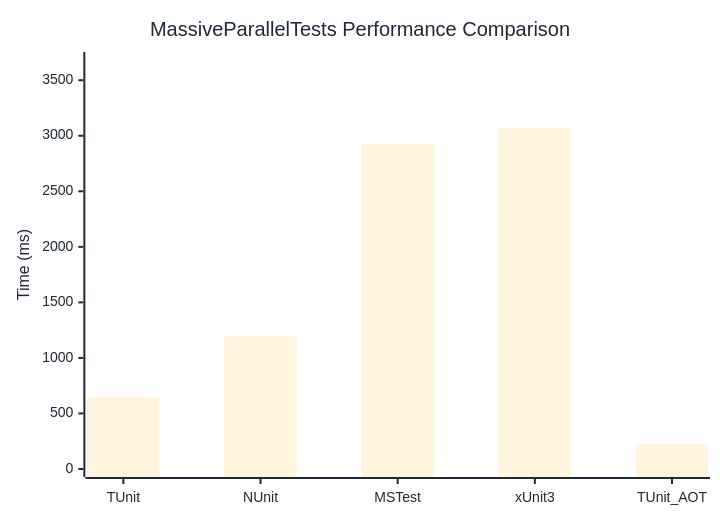
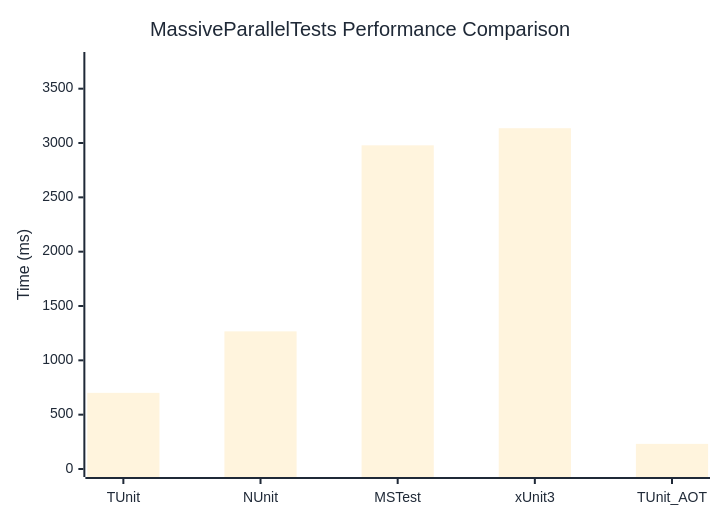
Before and after one commit to thomhurst/TUnit: the diagram in docs/docs/benchmarks/MassiveParallelTests.md, drawn with Mermaid. The commit also changed other lines of this file and 16 other files, not shown here.

````diff
--- a/docs/docs/benchmarks/MassiveParallelTests.md
+++ b/docs/docs/benchmarks/MassiveParallelTests.md
@@ -27,37 +27,37 @@
 ```mermaid
 %%{init: {
   'theme':'base',
   'themeVariables': {
     'primaryColor': '#2563eb',
     'primaryTextColor': '#1f2937',
     'primaryBorderColor': '#1e40af',
     'lineColor': '#6b7280',
     'secondaryColor': '#7c3aed',
     'tertiaryColor': '#dc2626',
     'background': '#ffffff',
     'mainBkg': '#2563eb',
     'secondBkg': '#7c3aed',
     'tertiaryBkg': '#dc2626',
     'clusterBkg': '#f3f4f6',
     'edgeLabelBackground': '#ffffff',
     'tertiaryTextColor': '#1f2937',
     'pie1': '#2563eb',
     'pie2': '#7c3aed',
     'pie3': '#dc2626',
     'pie4': '#f59e0b',
     'pie5': '#10b981',
     'pie6': '#06b6d4',
     'pie7': '#ec4899',
     'pie8': '#6366f1',
     'pie9': '#84cc16',
     'pie10': '#f97316',
     'pie11': '#14b8a6',
     'pie12': '#a855f7'
   }
 }}%%
 xychart-beta
   title "MassiveParallelTests Performance Comparison"
   x-axis ["TUnit", "NUnit", "MSTest", "xUnit3", "TUnit_AOT"]
-  y-axis "Time (ms)" 0 --> 3682
-  bar [647, 1201.3, 2927.9, 3068.2, 227.5]
+  y-axis "Time (ms)" 0 --> 3764
+  bar [700.9, 1266.6, 2978.8, 3136.1, 231.1]
 ```
````
